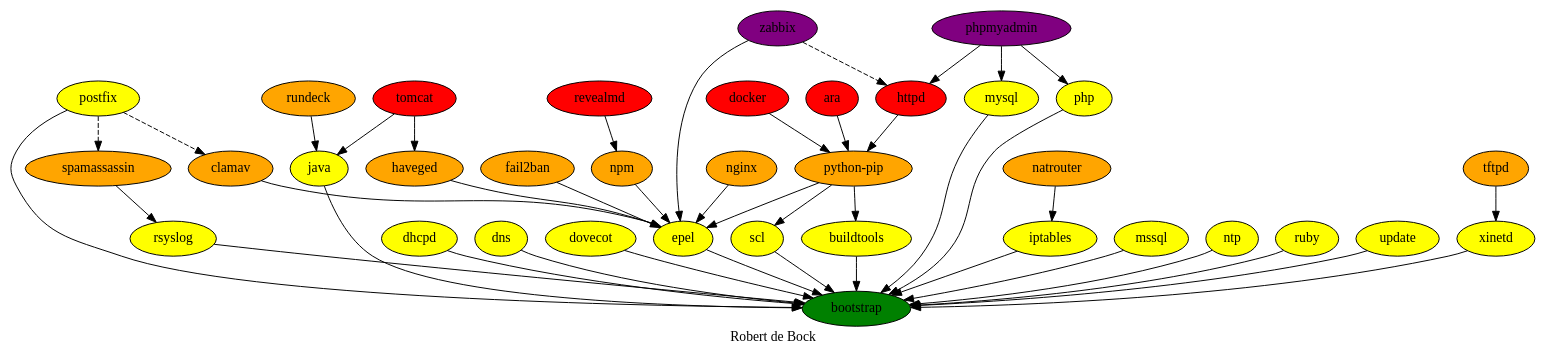
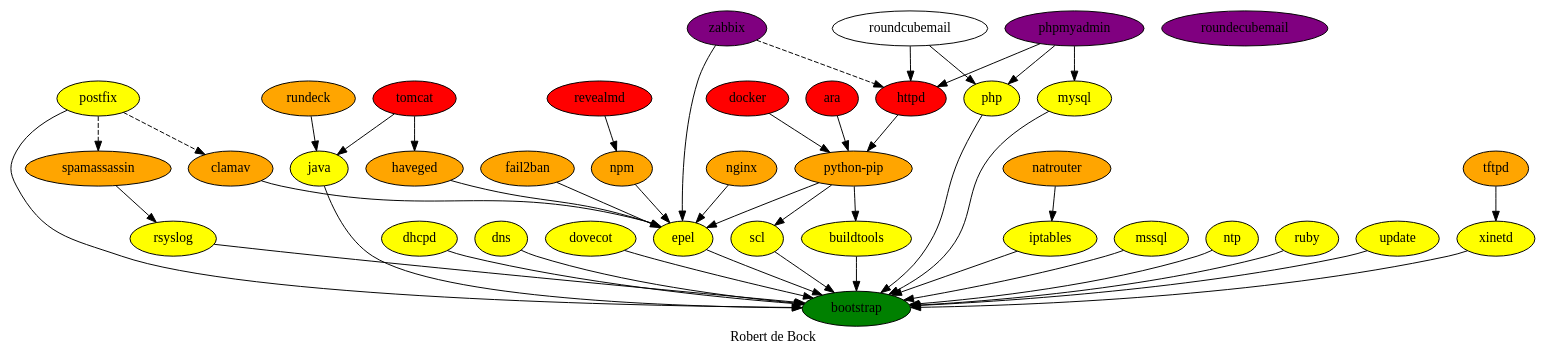
Before and after one commit to robertdebock/robertdebock.github.io: the diagram in dependencies.dot, drawn with Graphviz.

Commit message:
Update dependencies.dot
Adding roundcubemail

```diff
--- a/dependencies.dot
+++ b/dependencies.dot
@@ -1,53 +1,55 @@
 digraph hierarchy {
   label = "Robert de Bock" ;
   {
     ara [fillcolor=red style=filled]
     bootstrap [fillcolor=green style=filled]
     buildtools [fillcolor=yellow style=filled]
     clamav [fillcolor=orange style=filled]
     dhcpd [fillcolor=yellow style=filled]
     dns [fillcolor=yellow style=filled]
     docker [fillcolor=red style=filled]
     dovecot [fillcolor=yellow style=filled]
     epel [fillcolor=yellow style=filled]
     fail2ban [fillcolor=orange style=filled]
     haveged [fillcolor=orange style=filled]
     httpd [fillcolor=red style=filled]
     iptables [fillcolor=yellow style=filled]
     java [fillcolor=yellow style=filled]
     mssql [fillcolor=yellow style=filled]
     mysql [fillcolor=yellow style=filled]
     natrouter [fillcolor=orange style=filled]
     nginx [fillcolor=orange style=filled]
     npm [fillcolor=orange style=filled]
     ntp [fillcolor=yellow style=filled]
     php [fillcolor=yellow style=filled]
     phpmyadmin [fillcolor=purple style=filled]
     postfix [fillcolor=yellow style=filled]
     "python-pip" [fillcolor=orange style=filled]
     revealmd [fillcolor=red style=filled]
+    roundecubemail [fillcolor=purple style=filled]
     rsyslog [fillcolor=yellow style=filled]
     ruby [fillcolor=yellow style=filled]
     rundeck [fillcolor=orange style=filled]
     scl [fillcolor=yellow style=filled]
     spamassassin [fillcolor=orange style=filled]
     tftpd [fillcolor=orange style=filled]
     tomcat [fillcolor=red style=filled]
     update [fillcolor=yellow style=filled]
     xinetd [fillcolor=yellow style=filled]
     zabbix [fillcolor=purple style=filled]
   }
   {buildtools dhcpd dns dovecot epel iptables java mysql mssql ntp php postfix rsyslog ruby scl update xinetd} -> bootstrap
   {clamav fail2ban haveged nginx npm "python-pip" zabbix} -> epel
   postfix -> {spamassassin clamav} [style=dashed]
   {ara docker httpd} -> "python-pip"
   revealmd -> npm
   natrouter -> iptables
   tftpd -> xinetd 
   phpmyadmin -> {php httpd mysql}
+  roundcubemail -> {php httpd}
   zabbix -> httpd [style=dashed]
   "python-pip" -> {buildtools scl}
   {rundeck tomcat} -> java
   tomcat -> haveged
   spamassassin -> rsyslog
 }
```
